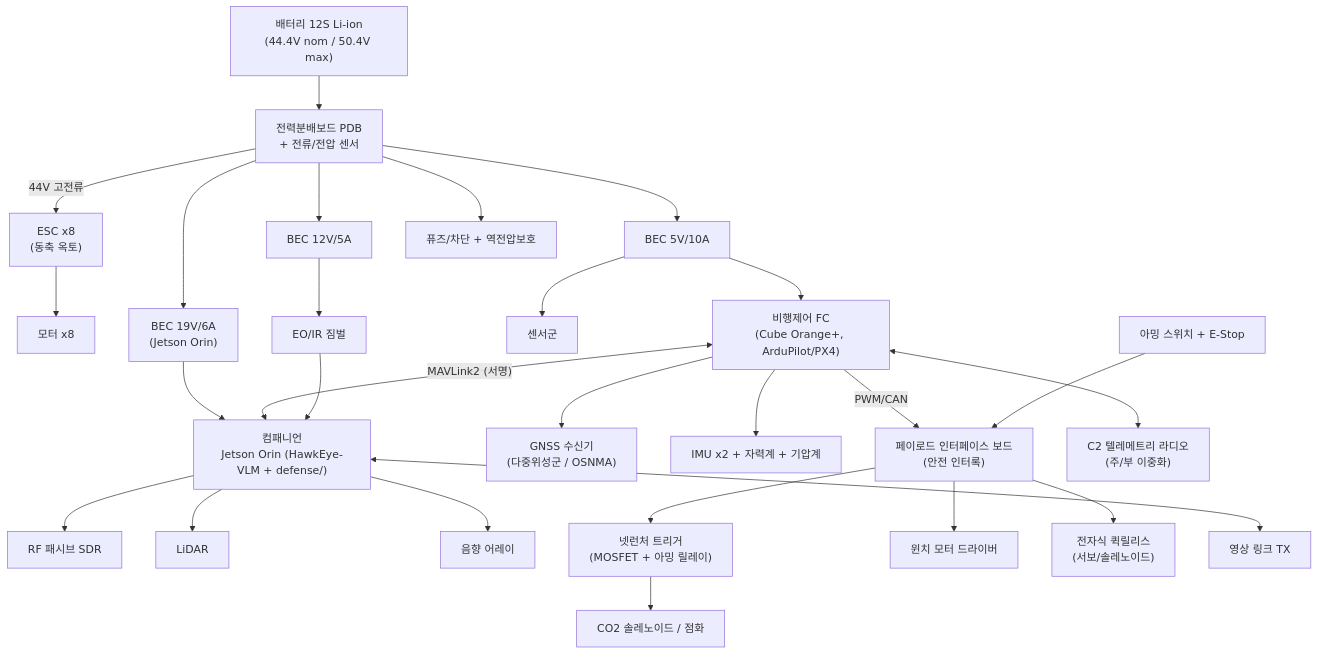
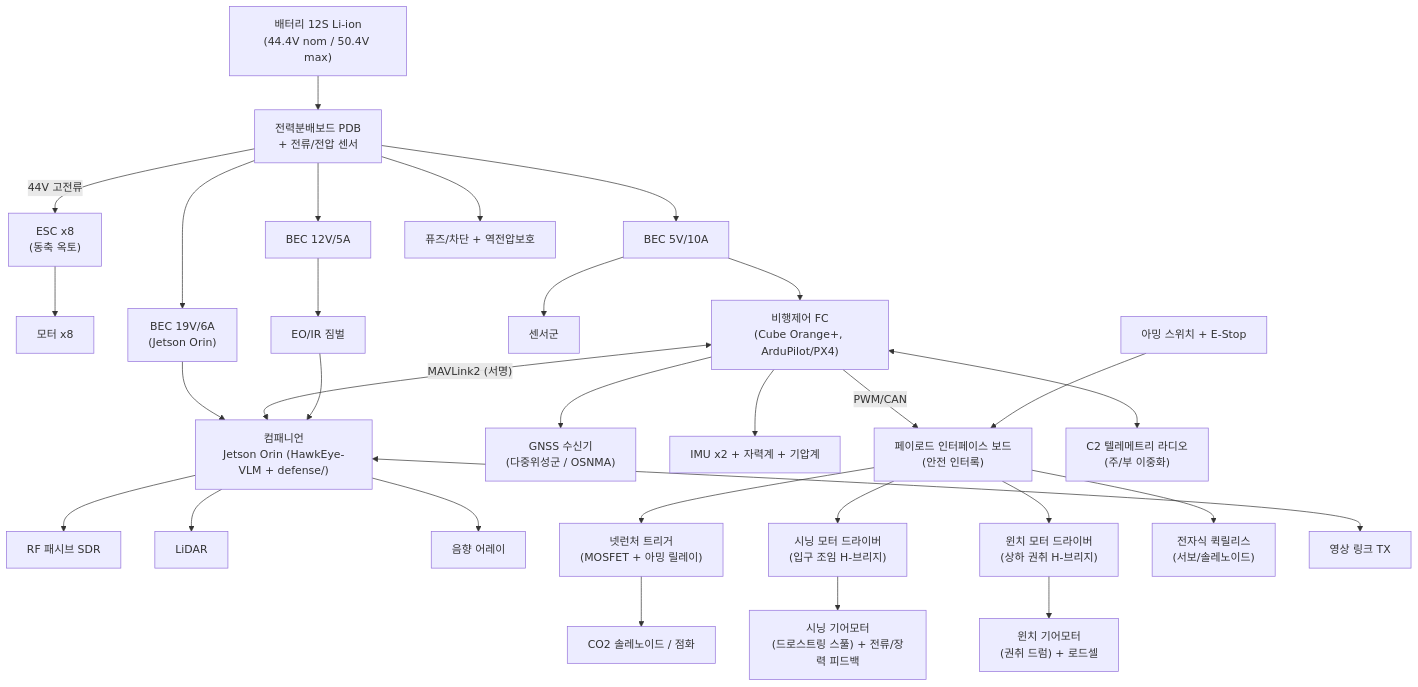
One commit to gkjuwon-tech/TaloNet changed the diagram in docs/06_회로_설계.md. Above: the diagram before and after it, drawn with Mermaid. The commit also changed other lines of this file and 3 other files, not shown here.

First line of the commit message:
cad+circuit: add dedicated net-mouth cinch motor (separate from hoist winch)

````diff
--- a/docs/06_회로_설계.md
+++ b/docs/06_회로_설계.md
@@ -18,34 +18,37 @@
 ```mermaid
 graph TD
     BATT["배터리 12S Li-ion\n(44.4V nom / 50.4V max)"] --> PDB["전력분배보드 PDB\n+ 전류/전압 센서"]
     PDB -->|44V 고전류| ESC["ESC x8\n(동축 옥토)"]
     ESC --> MOT["모터 x8"]
     PDB --> BEC5["BEC 5V/10A"]
     PDB --> BEC12["BEC 12V/5A"]
     PDB --> BEC19["BEC 19V/6A\n(Jetson Orin)"]
 
     BEC5 --> FC["비행제어 FC\n(Cube Orange+, ArduPilot/PX4)"]
     BEC19 --> COMP["컴패니언\nJetson Orin (HawkEye-VLM + defense/)"]
     BEC5 --> SENS["센서군"]
     BEC12 --> GIMBAL["EO/IR 짐벌"]
 
     FC <-->|"MAVLink2 (서명)"| COMP
     FC --> GNSS["GNSS 수신기\n(다중위성군 / OSNMA)"]
     FC --> IMU["IMU x2 + 자력계 + 기압계"]
     COMP --> RFSDR["RF 패시브 SDR"]
     COMP --> LIDAR["LiDAR"]
     COMP --> ACOUS["음향 어레이"]
     GIMBAL --> COMP
 
     FC -->|PWM/CAN| PAYIO["페이로드 인터페이스 보드\n(안전 인터록)"]
     PAYIO --> NETMOS["넷런처 트리거\n(MOSFET + 아밍 릴레이)"]
-    PAYIO --> WINCH["윈치 모터 드라이버"]
+    PAYIO --> CINCH["시닝 모터 드라이버\n(입구 조임 H-브리지)"]
+    PAYIO --> WINCH["윈치 모터 드라이버\n(상하 권취 H-브리지)"]
     PAYIO --> RELEASE["전자식 퀵릴리스\n(서보/솔레노이드)"]
     NETMOS --> NETDEV["CO2 솔레노이드 / 점화"]
+    CINCH --> CINCHM["시닝 기어모터\n(드로스트링 스풀) + 전류/장력 피드백"]
+    WINCH --> WINCHM["윈치 기어모터\n(권취 드럼) + 로드셀"]
 
     FC <--> C2["C2 텔레메트리 라디오\n(주/부 이중화)"]
     COMP <--> VTX["영상 링크 TX"]
 
     ARM["아밍 스위치 + E-Stop"] --> PAYIO
     PDB --> FUSE["퓨즈/차단 + 역전압보호"]
 ```
````
